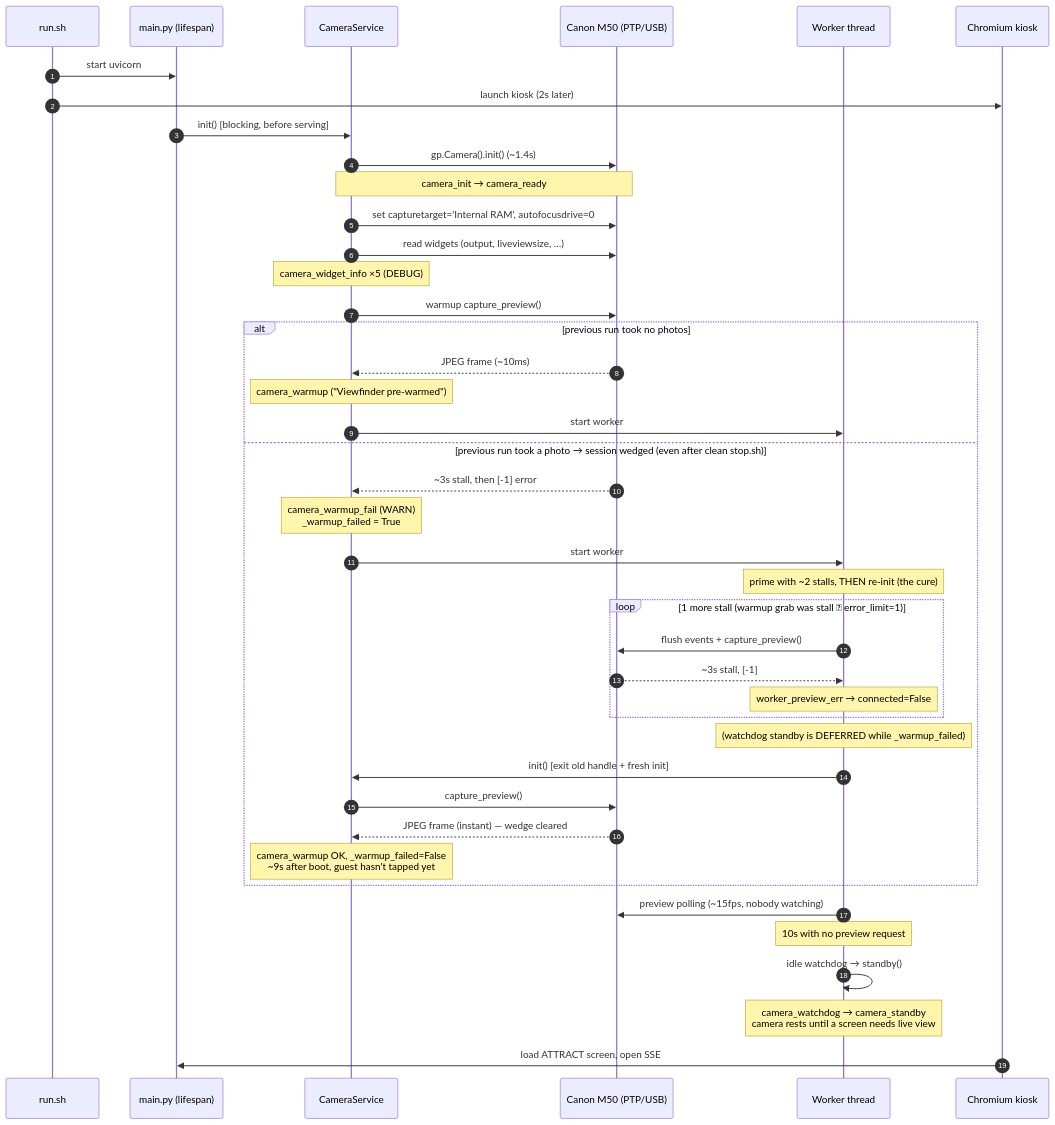
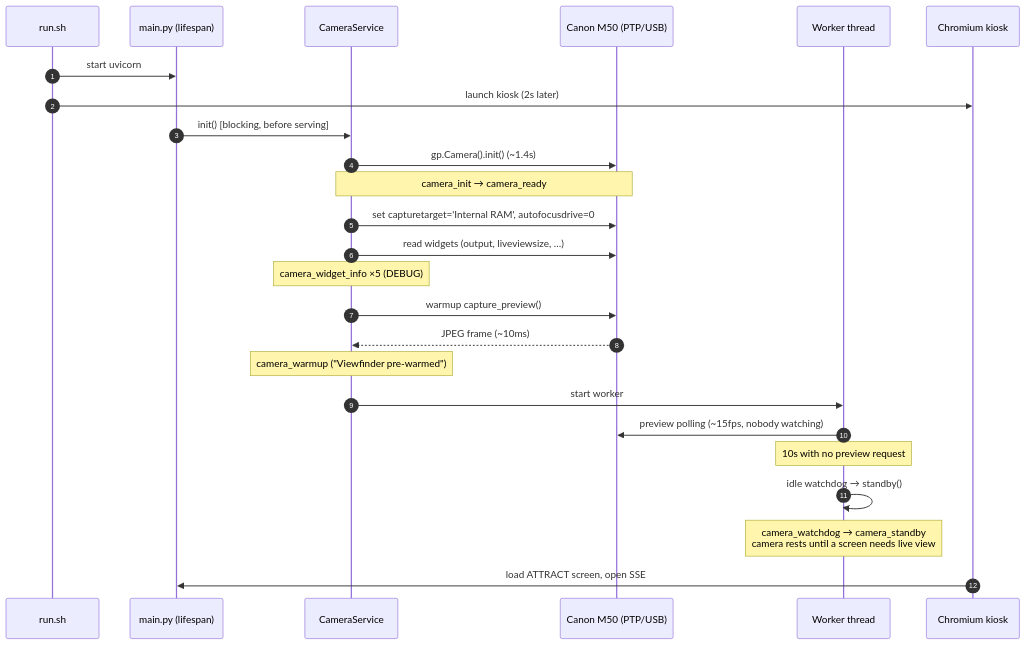
The first of 2 diagrams in Docs/CAMERA_SEQUENCES.md (dz-score/Instantpic), drawn with Mermaid before and after one commit. The commit also changed other lines of this file and 13 other files, not shown here.

````diff
--- a/Docs/CAMERA_SEQUENCES.md
+++ b/Docs/CAMERA_SEQUENCES.md
@@ -25,47 +32,30 @@
 ```mermaid
 sequenceDiagram
     autonumber
     participant R as run.sh
     participant L as main.py (lifespan)
     participant C as CameraService
     participant M as Canon M50 (PTP/USB)
     participant W as Worker thread
     participant K as Chromium kiosk
 
     R->>L: start uvicorn
     R->>K: launch kiosk (2s later)
     L->>C: init()   [blocking, before serving]
     C->>M: gp.Camera().init()  (~1.4s)
     Note over C,M: camera_init → camera_ready
     C->>M: set capturetarget='Internal RAM', autofocusdrive=0
     C->>M: read widgets (output, liveviewsize, …)
     Note over C: camera_widget_info ×5 (DEBUG)
     C->>M: warmup capture_preview()
 
-    alt previous run took no photos
-        M-->>C: JPEG frame (~10ms)
-        Note over C: camera_warmup ("Viewfinder pre-warmed")
-        C->>W: start worker
-    else previous run took a photo → session wedged (even after clean stop.sh)
-        M-->>C: ~3s stall, then [-1] error
-        Note over C: camera_warmup_fail (WARN)<br/>_warmup_failed = True
-        C->>W: start worker
-        Note over W: prime with ~2 stalls, THEN re-init (the cure)
-        loop 1 more stall (warmup grab was stall #1; error_limit=1)
-            W->>M: flush events + capture_preview()
-            M-->>W: ~3s stall, [-1]
-            Note over W: worker_preview_err → connected=False
-        end
-        Note over W: (watchdog standby is DEFERRED while _warmup_failed)
-        W->>C: init()  [exit old handle + fresh init]
-        C->>M: capture_preview()
-        M-->>C: JPEG frame (instant) — wedge cleared
-        Note over C: camera_warmup OK, _warmup_failed=False<br/>~9s after boot, guest hasn't tapped yet
-    end
+    M-->>C: JPEG frame (~10ms)
+    Note over C: camera_warmup ("Viewfinder pre-warmed")
+    C->>W: start worker
 
     W->>M: preview polling (~15fps, nobody watching)
     Note over W: 10s with no preview request
     W->>W: idle watchdog → standby()
     Note over W: camera_watchdog → camera_standby<br/>camera rests until a screen needs live view
     K->>L: load ATTRACT screen, open SSE
 ```
````
